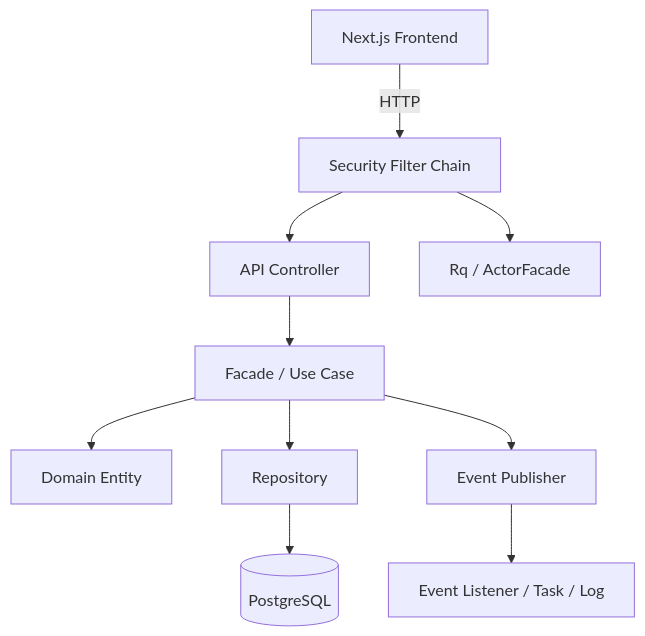
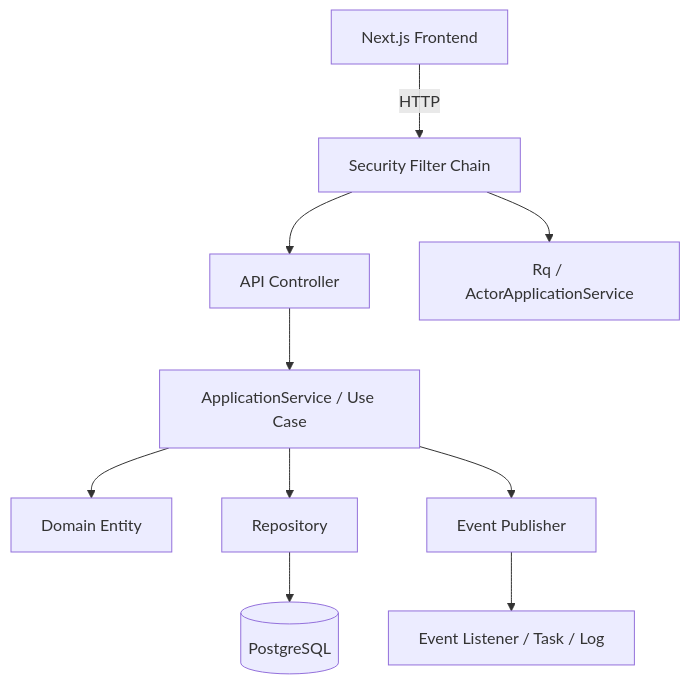
One commit to AquilaXk/aquila-blog changed the first of 7 diagrams in back/README.md. Above: the diagram before and after it, drawn with Mermaid. The commit also changed other lines of this file and 2 other files, not shown here.

````diff
--- a/back/README.md
+++ b/back/README.md
@@ -265,12 +265,12 @@
 ```mermaid
 flowchart TD
     Client[Next.js Frontend] -->|HTTP| Security[Security Filter Chain]
     Security --> Controller[API Controller]
-    Controller --> Facade[Facade / Use Case]
-    Facade --> Domain[Domain Entity]
-    Facade --> Repo[Repository]
-    Facade --> Event[Event Publisher]
+    Controller --> ApplicationService[ApplicationService / Use Case]
+    ApplicationService --> Domain[Domain Entity]
+    ApplicationService --> Repo[Repository]
+    ApplicationService --> Event[Event Publisher]
     Repo --> DB[(PostgreSQL)]
-    Security --> Actor[Rq / ActorFacade]
+    Security --> Actor[Rq / ActorApplicationService]
     Event --> Listener[Event Listener / Task / Log]
 ```
````
